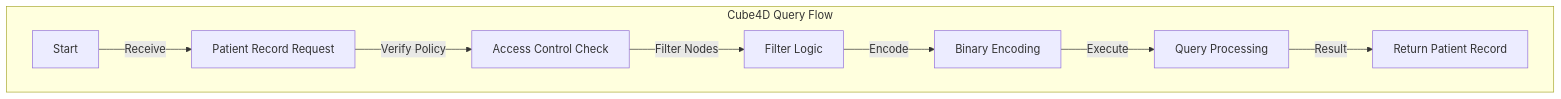
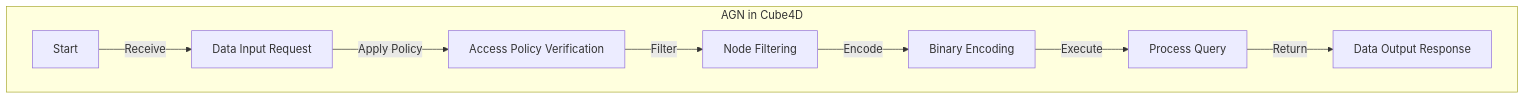
The diagram in README.md (ConicuConsulting/Cube4D---The-Final-Computer-Framework), drawn with Mermaid before and after one commit. The commit also changed other lines of this file, not shown here.

````diff
--- a/README.md
+++ b/README.md
@@ -86,11 +153,11 @@
 ```mermaid
 flowchart TD
-    subgraph Cube4D Query Flow
-        Start -->|Receive| PatientRecord[Patient Record Request]
-        PatientRecord -->|Verify Policy| AccessControl[Access Control Check]
-        AccessControl -->|Filter Nodes| FilterLogic[Filter Logic]
-        FilterLogic -->|Encode| BinaryEncoder[Binary Encoding]
-        BinaryEncoder -->|Execute| QueryProcessing[Query Processing]
-        QueryProcessing -->|Result| ReturnRecord[Return Patient Record]
+    subgraph AGN in Cube4D
+        Start -->|Receive| DataInput[Data Input Request]
+        DataInput -->|Apply Policy| AccessCheck[Access Policy Verification]
+        AccessCheck -->|Filter| NodeFiltering[Node Filtering]
+        NodeFiltering -->|Encode| BinaryEncode[Binary Encoding]
+        BinaryEncode -->|Execute| ProcessQuery[Process Query]
+        ProcessQuery -->|Return| DataOutput[Data Output Response]
     end
 ```
````
